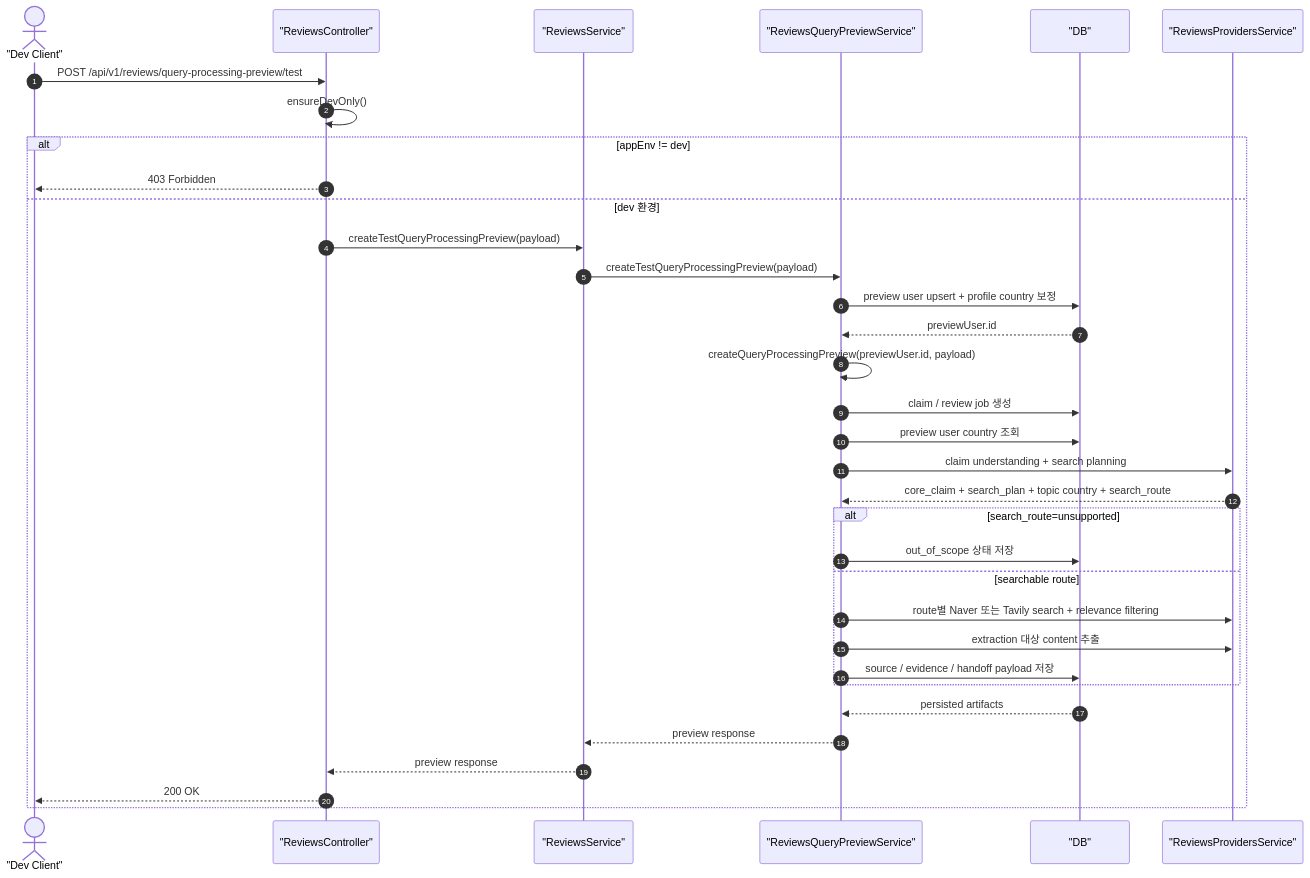
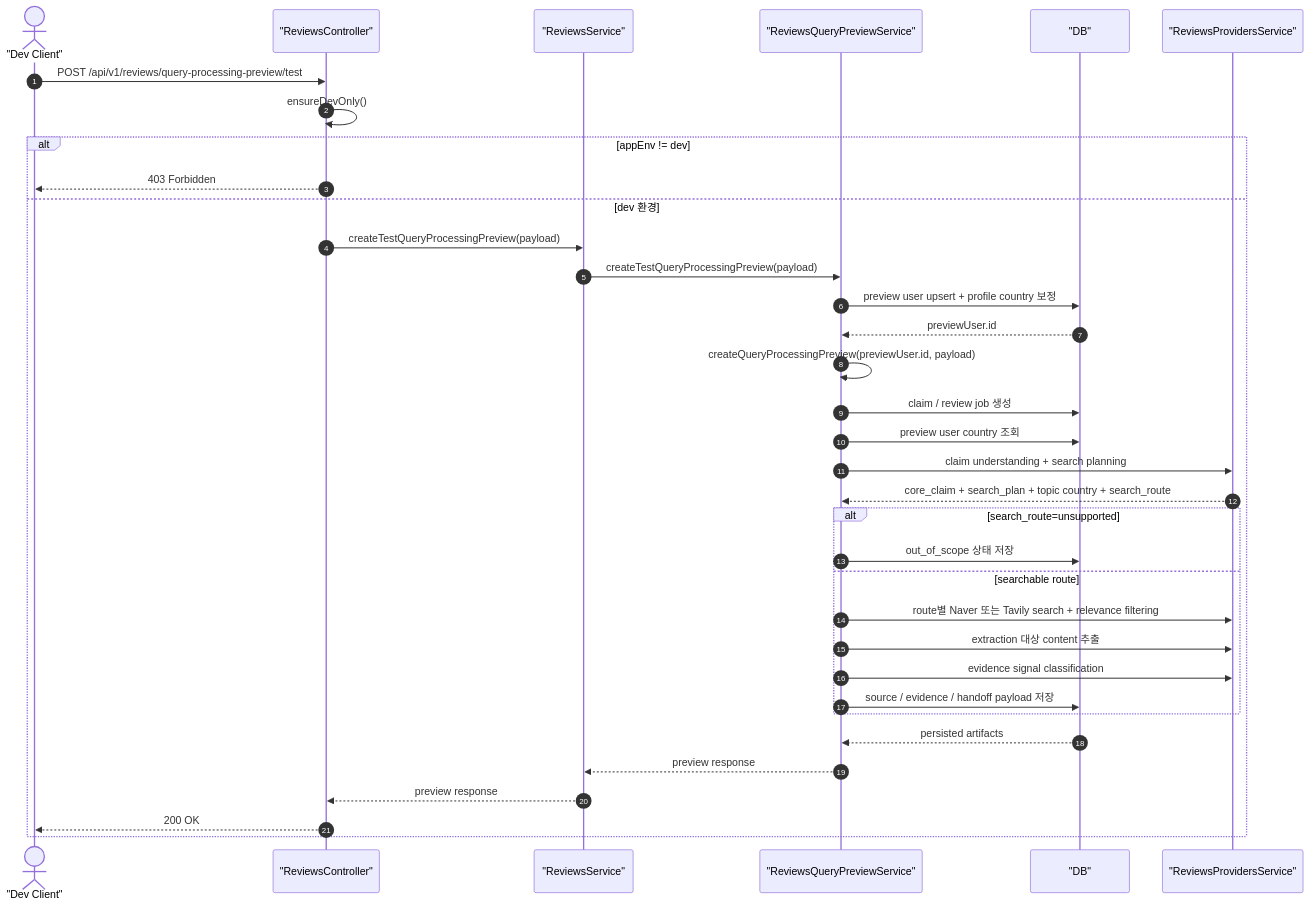
The second of 2 diagrams in docs/review-query-processing.md (dyjeong576/varo), drawn with Mermaid before and after one commit. The commit also changed other lines of this file and 23 other files, not shown here.

First line of the commit message:
feat: Enhance evidence signal classification and consensus mechanism

````diff
--- a/docs/review-query-processing.md
+++ b/docs/review-query-processing.md
@@ -231,38 +245,39 @@
 ```mermaid
 sequenceDiagram
     autonumber
     actor DevClient as "Dev Client"
     participant Controller as "ReviewsController"
     participant ReviewsService as "ReviewsService"
     participant QueryPreviewService as "ReviewsQueryPreviewService"
     participant DB as "DB"
     participant Providers as "ReviewsProvidersService"
 
     DevClient->>Controller: POST /api/v1/reviews/query-processing-preview/test
     Controller->>Controller: ensureDevOnly()
 
     alt appEnv != dev
         Controller-->>DevClient: 403 Forbidden
     else dev 환경
         Controller->>ReviewsService: createTestQueryProcessingPreview(payload)
         ReviewsService->>QueryPreviewService: createTestQueryProcessingPreview(payload)
         QueryPreviewService->>DB: preview user upsert + profile country 보정
         DB-->>QueryPreviewService: previewUser.id
         QueryPreviewService->>QueryPreviewService: createQueryProcessingPreview(previewUser.id, payload)
         QueryPreviewService->>DB: claim / review job 생성
         QueryPreviewService->>DB: preview user country 조회
         QueryPreviewService->>Providers: claim understanding + search planning
         Providers-->>QueryPreviewService: core_claim + search_plan + topic country + search_route
         alt search_route=unsupported
             QueryPreviewService->>DB: out_of_scope 상태 저장
         else searchable route
             QueryPreviewService->>Providers: route별 Naver 또는 Tavily search + relevance filtering
             QueryPreviewService->>Providers: extraction 대상 content 추출
+            QueryPreviewService->>Providers: evidence signal classification
             QueryPreviewService->>DB: source / evidence / handoff payload 저장
         end
         DB-->>QueryPreviewService: persisted artifacts
         QueryPreviewService-->>ReviewsService: preview response
         ReviewsService-->>Controller: preview response
         Controller-->>DevClient: 200 OK
     end
 ```
````
